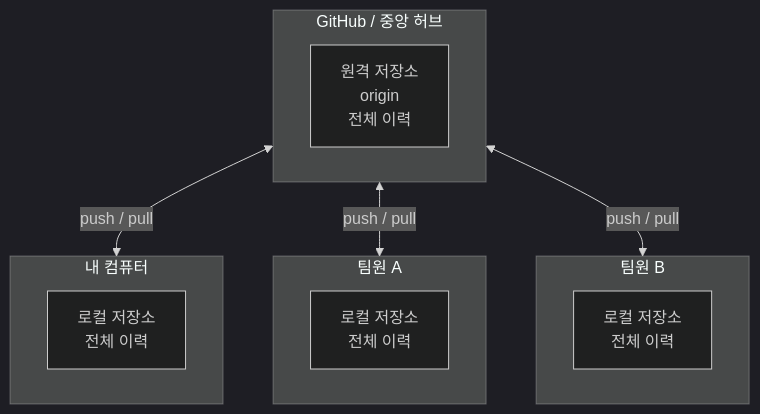
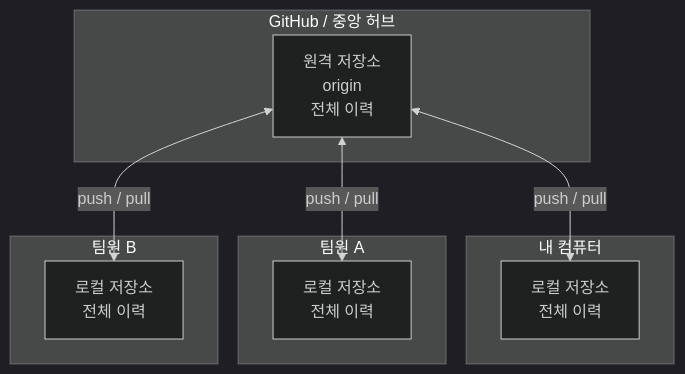
One commit to jingu279/Document changed the first of 2 diagrams in 05_Remote_Repositories/01_Understanding_Remotes.md. Above: the diagram before and after it, drawn with Mermaid (dark theme). The commit also changed 16 other files, not shown here.

Commit message:
Fix all Mermaid rendering issues (subgraph-to-subgraph, unconnected nodes, reserved names, dashes)

````diff
--- a/05_Remote_Repositories/01_Understanding_Remotes.md
+++ b/05_Remote_Repositories/01_Understanding_Remotes.md
@@ -11,22 +11,22 @@
 ```mermaid
 flowchart TB
   subgraph Remote[GitHub / 중앙 허브]
     R[원격 저장소<br/>origin<br/>전체 이력]
   end
 
   subgraph LocalMe[내 컴퓨터]
     LM[로컬 저장소<br/>전체 이력]
   end
 
   subgraph TeamA[팀원 A]
     TA[로컬 저장소<br/>전체 이력]
   end
 
   subgraph TeamB[팀원 B]
     TB[로컬 저장소<br/>전체 이력]
   end
 
-  Remote <-->|push / pull| LocalMe
-  Remote <-->|push / pull| TeamA
-  Remote <-->|push / pull| TeamB
+  R <-->|push / pull| LM
+  R <-->|push / pull| TA
+  R <-->|push / pull| TB
 ```
````
